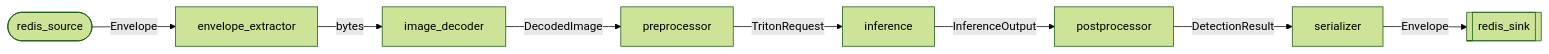
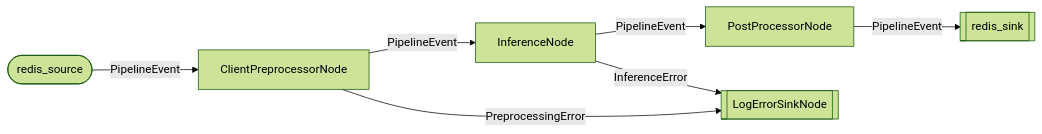
The diagram in packages/triton_redis_connector/README.md (BuckanovNikita/triton-redis-connector), drawn with Mermaid (forest theme) before and after one commit. The commit also changed other lines of this file and 3 other files, not shown here.

First line of the commit message:
docs: update all documentation for architecture rework (Wave 5b.5)

````diff
--- a/packages/triton_redis_connector/README.md
+++ b/packages/triton_redis_connector/README.md
@@ -112,19 +138,16 @@
 ```mermaid
 graph LR
     redis_source([redis_source])
-    envelope_extractor[envelope_extractor]
-    image_decoder[image_decoder]
-    preprocessor[preprocessor]
-    inference[inference]
-    postprocessor[postprocessor]
-    serializer[serializer]
+    preprocessor[ClientPreprocessorNode]
+    inference[InferenceNode]
+    postprocessor[PostProcessorNode]
+    error_sink[[LogErrorSinkNode]]
     redis_sink[[redis_sink]]
 
-    redis_source -->|Envelope| envelope_extractor
-    envelope_extractor -->|bytes| image_decoder
-    image_decoder -->|DecodedImage| preprocessor
-    preprocessor -->|TritonRequest| inference
-    inference -->|InferenceOutput| postprocessor
-    postprocessor -->|DetectionResult| serializer
-    serializer -->|Envelope| redis_sink
+    redis_source -->|PipelineEvent| preprocessor
+    preprocessor -->|PipelineEvent| inference
+    preprocessor -->|PreprocessingError| error_sink
+    inference -->|PipelineEvent| postprocessor
+    inference -->|InferenceError| error_sink
+    postprocessor -->|PipelineEvent| redis_sink
 ```
````
